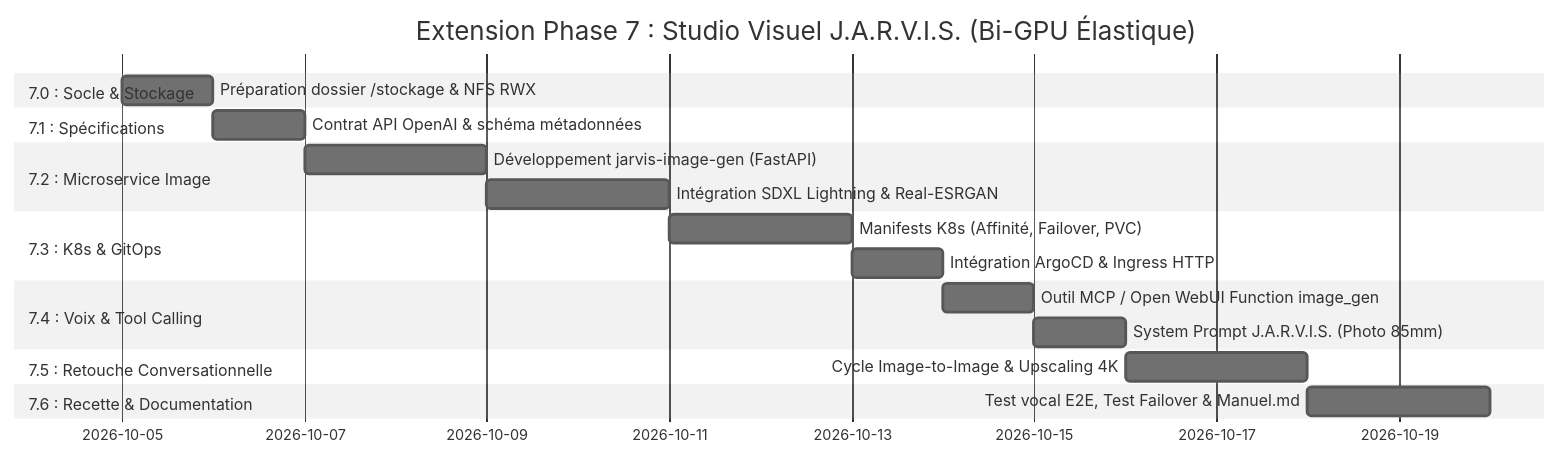
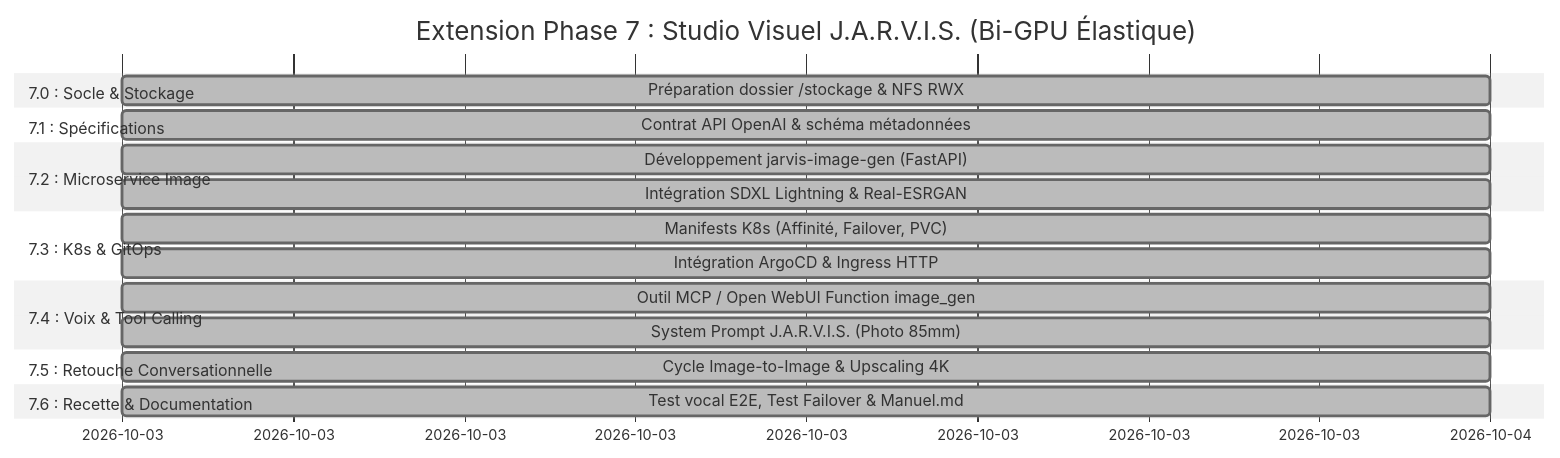
The diagram in planactionimage.md (xelnagas/argocd-IA-local), drawn with Mermaid (neutral theme) before and after one commit. The commit also changed other lines of this file and 10 other files, not shown here.

````diff
--- a/planactionimage.md
+++ b/planactionimage.md
@@ -45,22 +45,22 @@
 ```mermaid
 gantt
     title Extension Phase 7 : Studio Visuel J.A.R.V.I.S. (Bi-GPU Élastique)
     dateFormat  YYYY-MM-DD
     section 7.0 : Socle & Stockage
-    Préparation dossier /stockage & NFS RWX    :p0_1, 2026-10-05, 1d
+    Préparation dossier /stockage & NFS RWX    :done, p0_1, 2026-10-03, 1d
     section 7.1 : Spécifications
-    Contrat API OpenAI & schéma métadonnées    :p1_1, after p0_1, 1d
+    Contrat API OpenAI & schéma métadonnées    :done, p1_1, 2026-10-03, 1d
     section 7.2 : Microservice Image
-    Développement jarvis-image-gen (FastAPI)   :p2_1, after p1_1, 2d
-    Intégration SDXL Lightning & Real-ESRGAN  :p2_2, after p2_1, 2d
+    Développement jarvis-image-gen (FastAPI)   :done, p2_1, 2026-10-03, 1d
+    Intégration SDXL Lightning & Real-ESRGAN  :done, p2_2, 2026-10-03, 1d
     section 7.3 : K8s & GitOps
-    Manifests K8s (Affinité, Failover, PVC)   :p3_1, after p2_2, 2d
-    Intégration ArgoCD & Ingress HTTP         :p3_2, after p3_1, 1d
+    Manifests K8s (Affinité, Failover, PVC)   :done, p3_1, 2026-10-03, 1d
+    Intégration ArgoCD & Ingress HTTP         :done, p3_2, 2026-10-03, 1d
     section 7.4 : Voix & Tool Calling
-    Outil MCP / Open WebUI Function image_gen :p4_1, after p3_2, 1d
-    System Prompt J.A.R.V.I.S. (Photo 85mm)   :p4_2, after p4_1, 1d
+    Outil MCP / Open WebUI Function image_gen :done, p4_1, 2026-10-03, 1d
+    System Prompt J.A.R.V.I.S. (Photo 85mm)   :done, p4_2, 2026-10-03, 1d
     section 7.5 : Retouche Conversationnelle
-    Cycle Image-to-Image & Upscaling 4K       :p5_1, after p4_2, 2d
+    Cycle Image-to-Image & Upscaling 4K       :done, p5_1, 2026-10-03, 1d
     section 7.6 : Recette & Documentation
-    Test vocal E2E, Test Failover & Manuel.md :p6_1, after p5_1, 2d
+    Test vocal E2E, Test Failover & Manuel.md :done, p6_1, 2026-10-03, 1d
 ```
````
